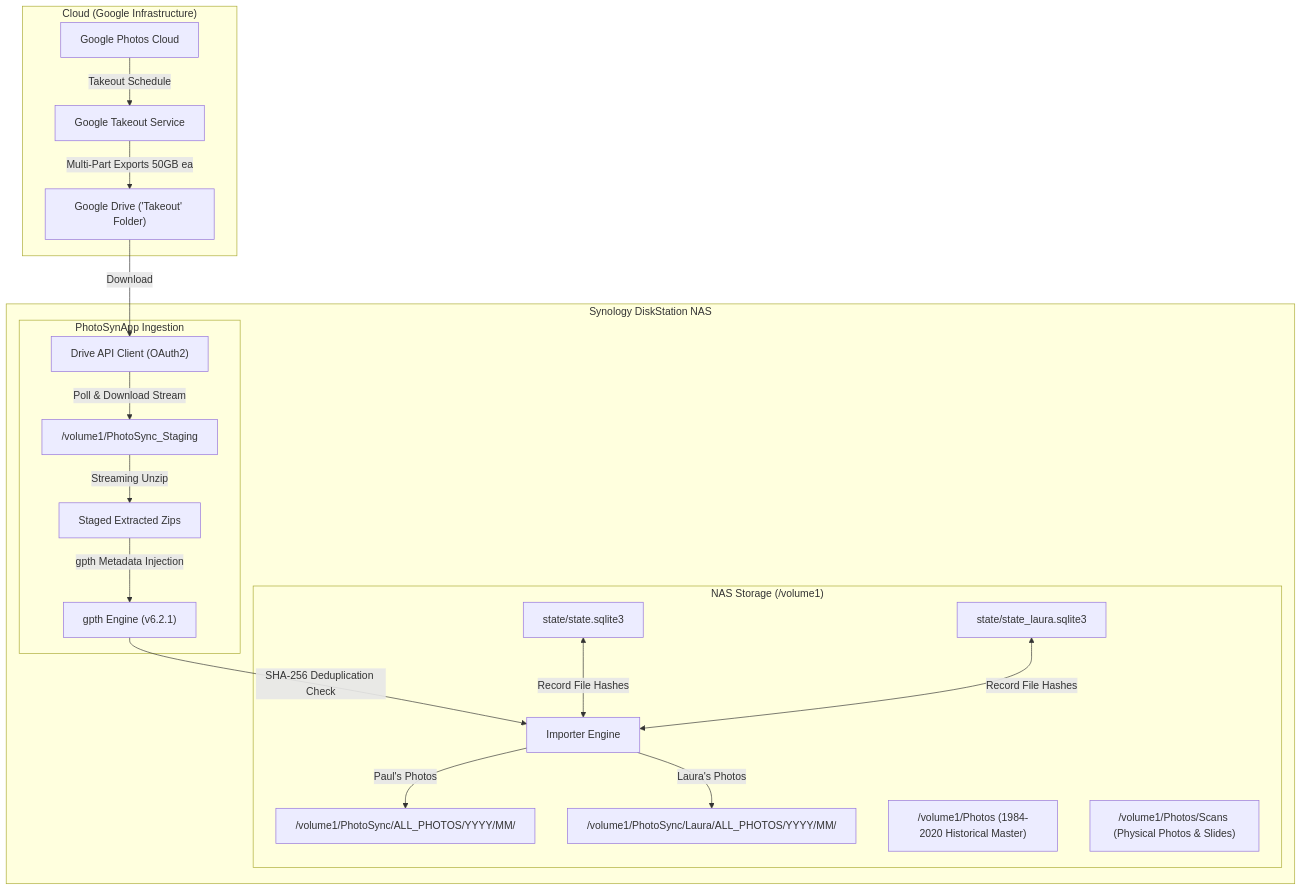
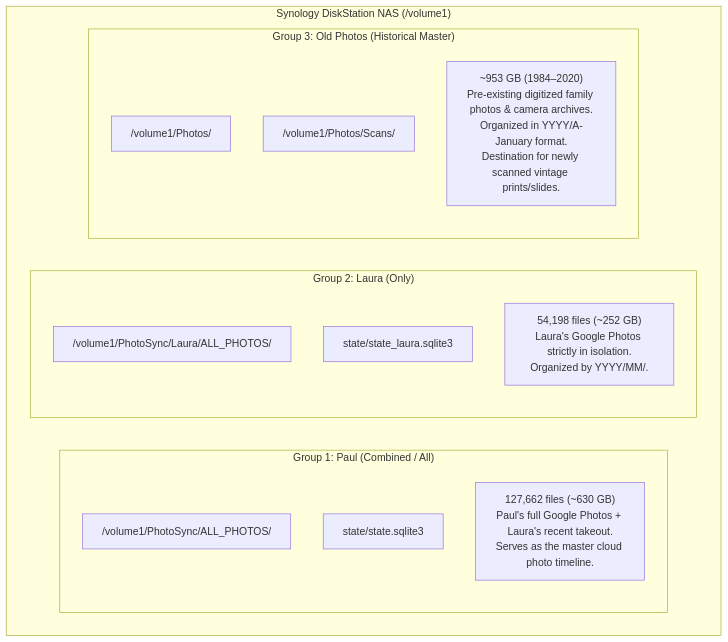
One commit to pcarff/PhotoSynApp changed the first of 2 diagrams in docs/PHOTO_SYNC_AND_SCANNING_GUIDE.md. Above: the diagram before and after it, drawn with Mermaid. The commit also changed other lines of this file and 1 other file, not shown here.

Commit message:
docs: adopt Option A (manual on-demand), define 3-group photo architecture, add config.paul.example.yaml

````diff
--- a/docs/PHOTO_SYNC_AND_SCANNING_GUIDE.md
+++ b/docs/PHOTO_SYNC_AND_SCANNING_GUIDE.md
@@ -28,28 +30,22 @@
 ```mermaid
 flowchart TD
-    subgraph Cloud["Cloud (Google Infrastructure)"]
-        GP["Google Photos Cloud"] -->|Takeout Schedule| GT["Google Takeout Service"]
-        GT -->|Multi-Part Exports 50GB ea| GD["Google Drive ('Takeout' Folder)"]
-    end
-
-    subgraph SynologyNAS["Synology DiskStation NAS"]
-        subgraph DriveSync["PhotoSynApp Ingestion"]
-            API["Drive API Client (OAuth2)"] -->|Poll & Download Stream| STG["/volume1/PhotoSync_Staging"]
-            STG -->|Streaming Unzip| EXT["Staged Extracted Zips"]
-            EXT -->|gpth Metadata Injection| GPTH["gpth Engine (v6.2.1)"]
+    subgraph SynologyNAS["Synology DiskStation NAS (/volume1)"]
+        subgraph Group1["Group 1: Paul (Combined / All)"]
+            P_LIB["/volume1/PhotoSync/ALL_PHOTOS/"]
+            P_DB["state/state.sqlite3"]
+            P_DESC["127,662 files (~630 GB)<br/>Paul's full Google Photos + Laura's recent takeout.<br/>Serves as the master cloud photo timeline."]
         end
 
-        subgraph Storage["NAS Storage (/volume1)"]
-            GPTH -->|SHA-256 Deduplication Check| IMP["Importer Engine"]
-            IMP -->|Paul's Photos| PS_PAUL["/volume1/PhotoSync/ALL_PHOTOS/YYYY/MM/"]
-            IMP -->|Laura's Photos| PS_LAURA["/volume1/PhotoSync/Laura/ALL_PHOTOS/YYYY/MM/"]
-            STATE_P["state/state.sqlite3"] <-->|Record File Hashes| IMP
-            STATE_L["state/state_laura.sqlite3"] <-->|Record File Hashes| IMP
-            
-            HIST["/volume1/Photos (1984-2020 Historical Master)"]
-            SCAN["/volume1/Photos/Scans (Physical Photos & Slides)"]
+        subgraph Group2["Group 2: Laura (Only)"]
+            L_LIB["/volume1/PhotoSync/Laura/ALL_PHOTOS/"]
+            L_DB["state/state_laura.sqlite3"]
+            L_DESC["54,198 files (~252 GB)<br/>Laura's Google Photos strictly in isolation.<br/>Organized by YYYY/MM/."]
+        end
+
+        subgraph Group3["Group 3: Old Photos (Historical Master)"]
+            H_LIB["/volume1/Photos/"]
+            H_SCAN["/volume1/Photos/Scans/"]
+            H_DESC["~953 GB (1984–2020)<br/>Pre-existing digitized family photos & camera archives.<br/>Organized in YYYY/A-January format.<br/>Destination for newly scanned vintage prints/slides."]
         end
     end
-
-    GD -->|Download| API
 ```
````
